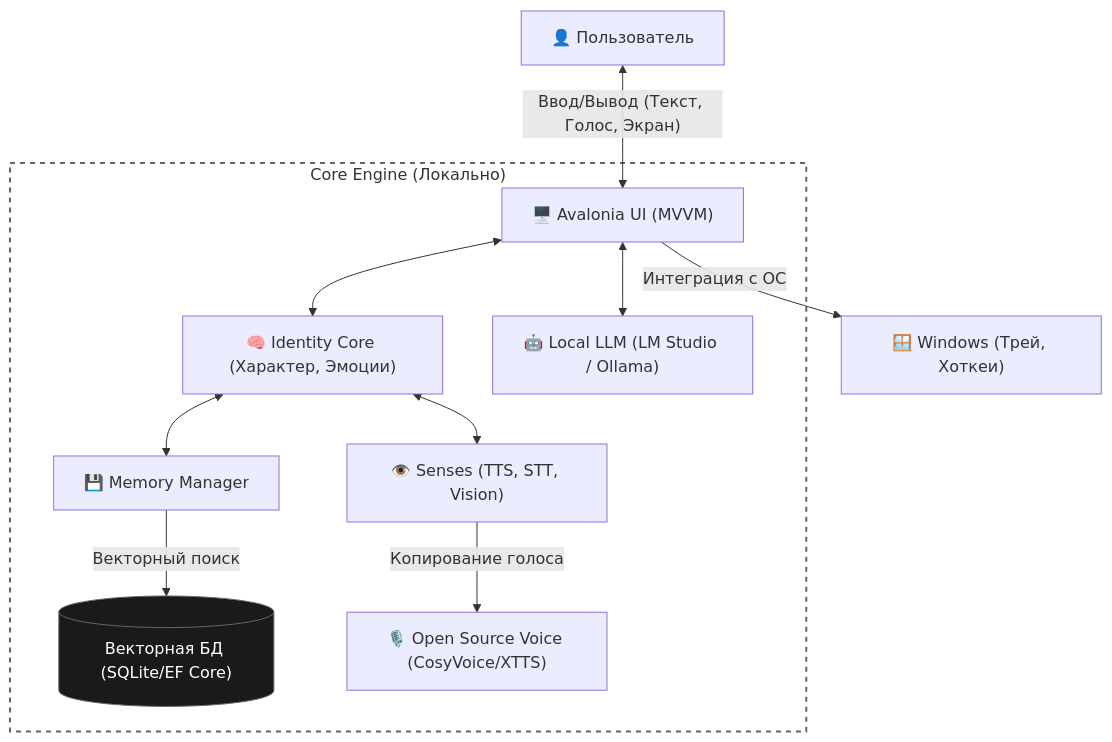
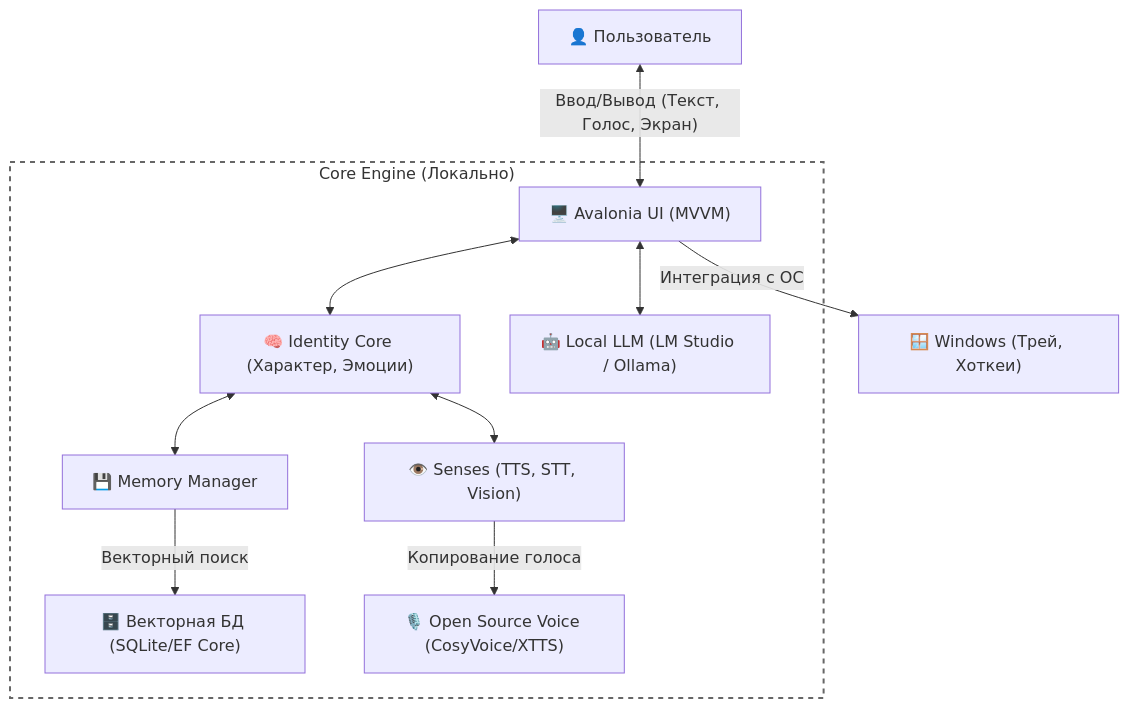
The diagram in README.md (SHIZOSHAZIA/narve-public), drawn with Mermaid before and after one commit.

Commit message:
docs: replace database cylinder with standard node to fix mermaid color contrast bugs

````diff
--- a/README.md
+++ b/README.md
@@ -53,19 +53,18 @@
 ```mermaid
 graph TD;
     User["👤 Пользователь"] <-->|"Ввод/Вывод (Текст, Голос, Экран)"| UI["🖥️ Avalonia UI (MVVM)"]
     
     subgraph CoreEngine["Core Engine (Локально)"]
         UI <--> Identity["🧠 Identity Core (Характер, Эмоции)"]
         UI <--> LocalLLM["🤖 Local LLM (LM Studio / Ollama)"]
         
         Identity <--> MemoryManager["💾 Memory Manager"]
-        MemoryManager -->|"Векторный поиск"| VectorDB[("Векторная БД (SQLite/EF Core)")]
+        MemoryManager -->|"Векторный поиск"| VectorDB["🗄️ Векторная БД (SQLite/EF Core)"]
         
         Identity <--> Senses["👁️ Senses (TTS, STT, Vision)"]
         Senses -->|"Копирование голоса"| VoiceModels["🎙️ Open Source Voice (CosyVoice/XTTS)"]
     end
     style CoreEngine fill:transparent,stroke:#666,stroke-width:2px,stroke-dasharray: 5 5
-    style VectorDB fill:#1a1a1a,stroke:#666,color:#ffffff
     
     UI -->|"Интеграция с ОС"| OS["🪟 Windows (Трей, Хоткеи)"]
 ```
````
